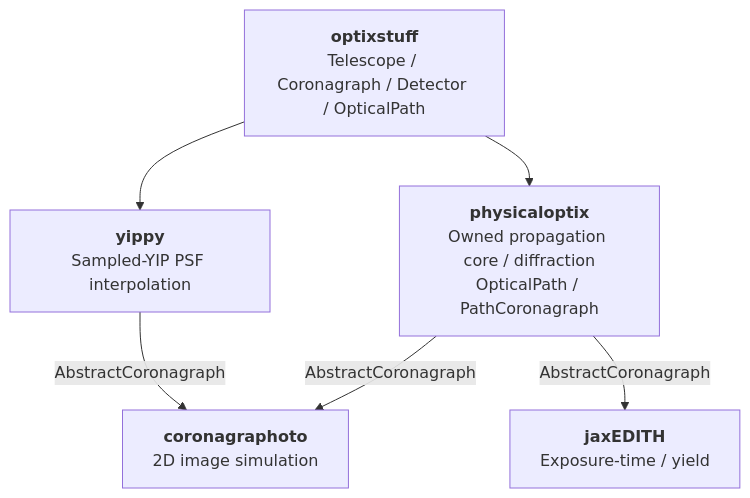
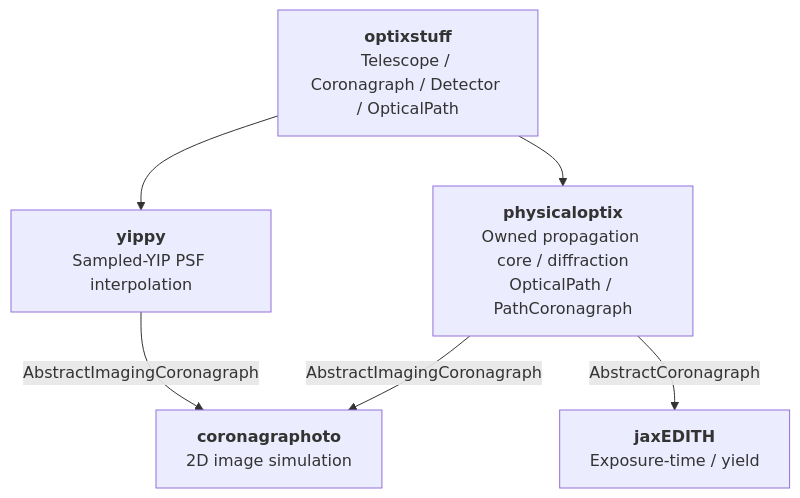
The diagram in README.md (CoreySpohn/physicaloptix), drawn with Mermaid before and after one commit. The commit also changed other lines of this file and 13 other files, not shown here.

````diff
--- a/README.md
+++ b/README.md
@@ -99,14 +99,14 @@
 ```mermaid
 flowchart TB
     optix["<b>optixstuff</b><br/>Telescope / Coronagraph / Detector / OpticalPath"]
     physopt["<b>physicaloptix</b><br/>Owned propagation core / diffraction<br/>OpticalPath / PathCoronagraph"]
     yippy["<b>yippy</b><br/>Sampled-YIP PSF interpolation"]
     corono["<b>coronagraphoto</b><br/>2D image simulation"]
     jaxedith["<b>jaxEDITH</b><br/>Exposure-time / yield"]
 
     optix --> physopt
     optix --> yippy
-    physopt -- AbstractCoronagraph --> corono
+    physopt -- AbstractImagingCoronagraph --> corono
     physopt -- AbstractCoronagraph --> jaxedith
-    yippy -- AbstractCoronagraph --> corono
+    yippy -- AbstractImagingCoronagraph --> corono
 ```
````
